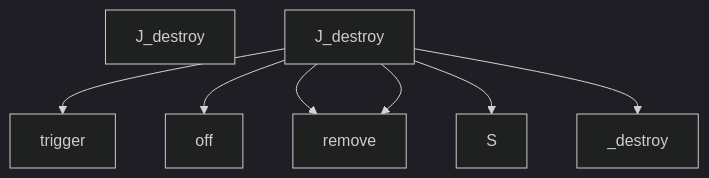
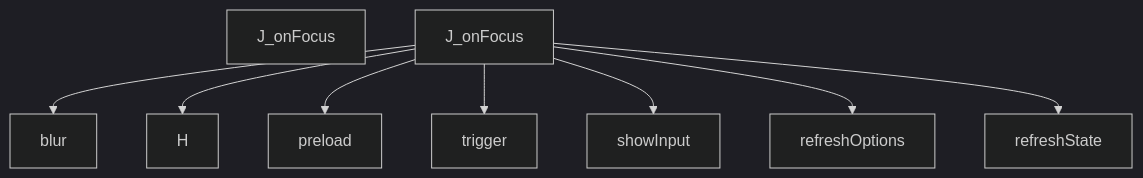
One commit to hazalkoom/DECODEx01 changed diagram 15 of 27 in docs/DATA_FLOW.md. Above: the diagram before and after it, drawn with Mermaid (dark theme). The commit also changed other lines of this file and 12 other files, not shown here.

````diff
--- a/docs/DATA_FLOW.md
+++ b/docs/DATA_FLOW.md
@@ -667,29 +545,33 @@
 ```mermaid
 graph TD
-    Start[J_destroy]
+    Start[J_onFocus]
 
 
-    J_destroy --> trigger
+    J_onFocus --> blur
 
 
 
-    J_destroy --> off
+    J_onFocus --> H
 
 
 
-    J_destroy --> remove
+    J_onFocus --> preload
 
 
 
-    J_destroy --> remove
+    J_onFocus --> trigger
 
 
 
-    J_destroy --> S
+    J_onFocus --> showInput
 
 
 
-    J_destroy --> _destroy
+    J_onFocus --> refreshOptions
+
+
+
+    J_onFocus --> refreshState
 
 
 ```
````
